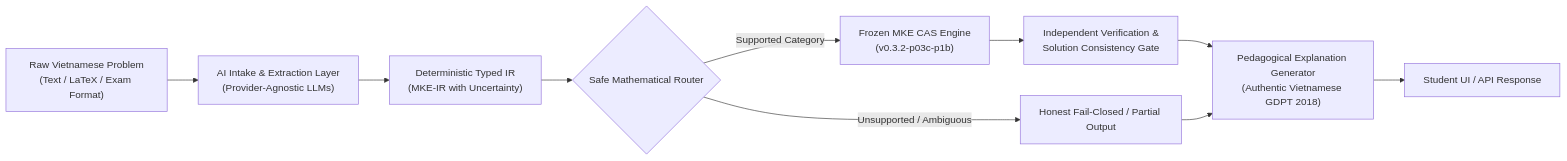
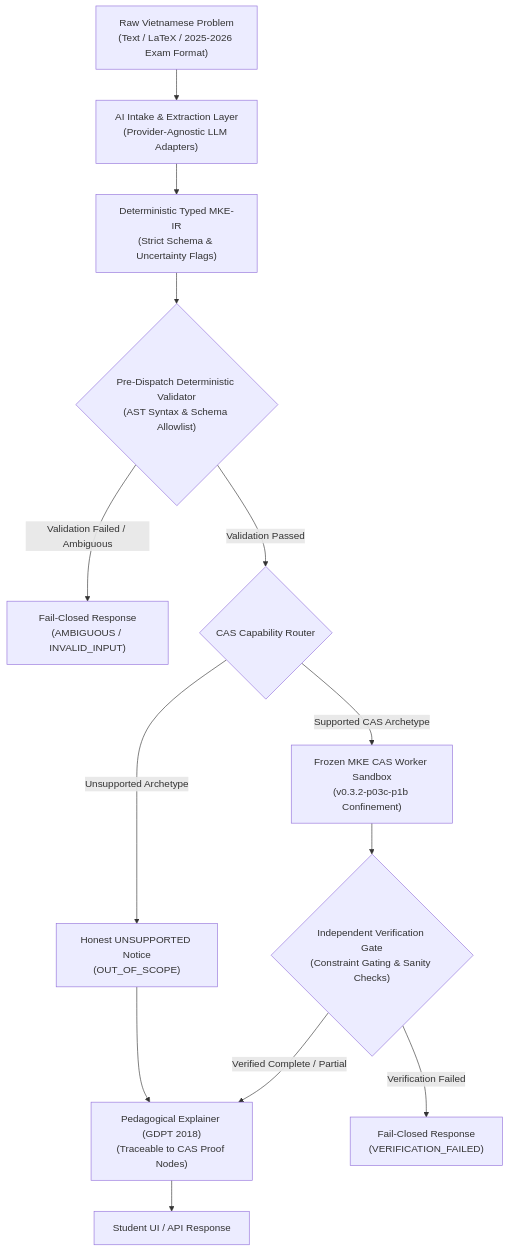
One commit to PhanHoangKe/math-knowledge-engine changed the first of 3 diagrams in docs/architecture/P1C_01_AI_VIETNAMESE_MATH_INTAKE_DESIGN.md. Above: the diagram before and after it, drawn with Mermaid. The commit also changed other lines of this file and 1 other file, not shown here.

Commit message:
docs(design): update P1C-01-R1 architecture proposal and correct acceptance record test count

````diff
--- a/docs/architecture/P1C_01_AI_VIETNAMESE_MATH_INTAKE_DESIGN.md
+++ b/docs/architecture/P1C_01_AI_VIETNAMESE_MATH_INTAKE_DESIGN.md
@@ -24,12 +28,15 @@
 ```mermaid
-flowchart LR
-    A["Raw Vietnamese Problem<br/>(Text / LaTeX / Exam Format)"] --> B["AI Intake & Extraction Layer<br/>(Provider-Agnostic LLMs)"]
-    B --> C["Deterministic Typed IR<br/>(MKE-IR with Uncertainty)"]
-    C --> D{"Safe Mathematical Router"}
-    D -->|"Supported Category"| E["Frozen MKE CAS Engine<br/>(v0.3.2-p03c-p1b)"]
-    D -->|"Unsupported / Ambiguous"| F["Honest Fail-Closed / Partial Output"]
-    E --> G["Independent Verification &<br/>Solution Consistency Gate"]
-    G --> H["Pedagogical Explanation Generator<br/>(Authentic Vietnamese GDPT 2018)"]
-    F --> H
-    H --> I["Student UI / API Response"]
+flowchart TD
+    A["Raw Vietnamese Problem<br/>(Text / LaTeX / 2025-2026 Exam Format)"] --> B["AI Intake & Extraction Layer<br/>(Provider-Agnostic LLM Adapters)"]
+    B --> C["Deterministic Typed MKE-IR<br/>(Strict Schema & Uncertainty Flags)"]
+    C --> D{"Pre-Dispatch Deterministic Validator<br/>(AST Syntax & Schema Allowlist)"}
+    D -->|"Validation Failed / Ambiguous"| E["Fail-Closed Response<br/>(AMBIGUOUS / INVALID_INPUT)"]
+    D -->|"Validation Passed"| F{"CAS Capability Router"}
+    F -->|"Supported CAS Archetype"| G["Frozen MKE CAS Worker Sandbox<br/>(v0.3.2-p03c-p1b Confinement)"]
+    F -->|"Unsupported Archetype"| H["Honest UNSUPPORTED Notice<br/>(OUT_OF_SCOPE)"]
+    G --> I{"Independent Verification Gate<br/>(Constraint Gating & Sanity Checks)"}
+    I -->|"Verified Complete / Partial"| J["Pedagogical Explainer (GDPT 2018)<br/>(Traceable to CAS Proof Nodes)"]
+    I -->|"Verification Failed"| K["Fail-Closed Response<br/>(VERIFICATION_FAILED)"]
+    H --> J
+    J --> L["Student UI / API Response"]
 ```
````
